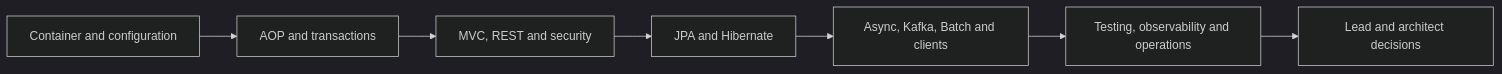
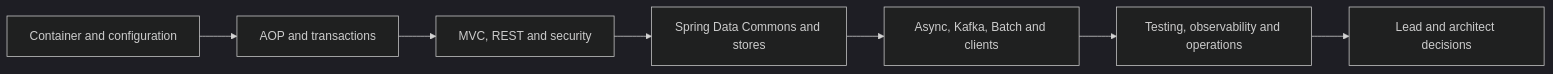
The diagram in documentation/docs/spring/README.md (taukhir/shopverse), drawn with Mermaid (dark theme) before and after one commit. The commit also changed other lines of this file and 275 other files, not shown here.

````diff
--- a/documentation/docs/spring/README.md
+++ b/documentation/docs/spring/README.md
@@ -26,9 +30,9 @@
 ```mermaid
 flowchart LR
     Core["Container and configuration"] --> Proxy["AOP and transactions"]
     Proxy --> Web["MVC, REST and security"]
-    Web --> Data["JPA and Hibernate"]
+    Web --> Data["Spring Data Commons and stores"]
     Data --> Integration["Async, Kafka, Batch and clients"]
     Integration --> Production["Testing, observability and operations"]
     Production --> Architect["Lead and architect decisions"]
 ```
````
